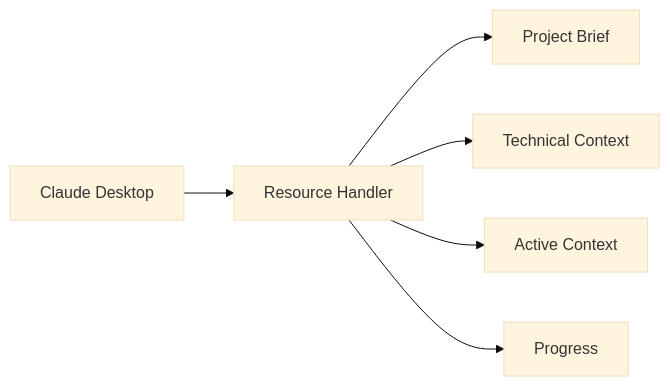
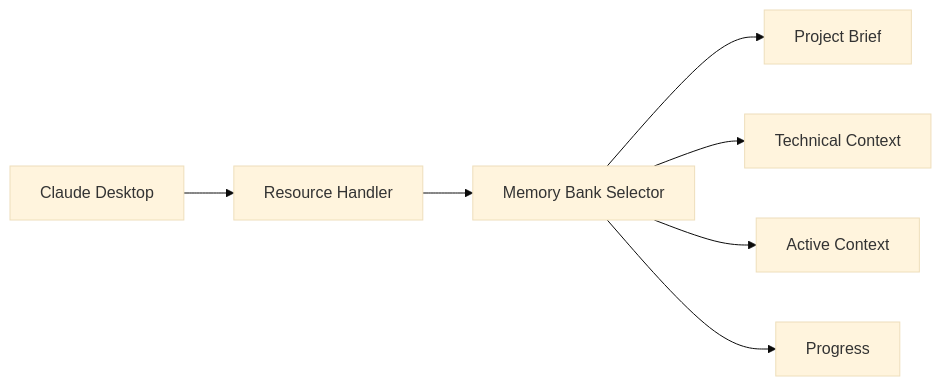
One commit to philippe-guerit/claude-desktop-memory-bank changed the second of 9 diagrams in doc/mcp-design.md. Above: the diagram before and after it, drawn with Mermaid (base theme). The commit also changed other lines of this file and 3 other files, not shown here.

Commit message:
improve design to support project based memory bank

````diff
--- a/doc/mcp-design.md
+++ b/doc/mcp-design.md
@@ -44,8 +52,9 @@
 ```mermaid
 flowchart LR
     Claude[Claude Desktop] --> RH[Resource Handler]
-    RH --> PB[Project Brief]
-    RH --> TC[Technical Context]
-    RH --> AC[Active Context]
-    RH --> P[Progress]
+    RH --> MBS[Memory Bank Selector]
+    MBS --> PB[Project Brief]
+    MBS --> TC[Technical Context]
+    MBS --> AC[Active Context]
+    MBS --> P[Progress]
 ```
````
